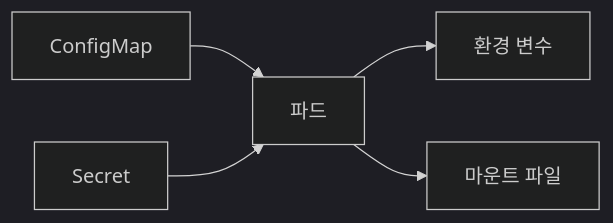
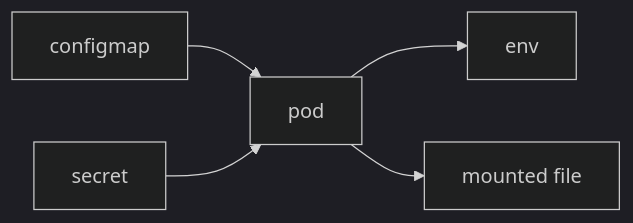
One commit to yeongseon-books/book-content changed the diagram in content/kubernetes-101/ko/06-configmap-and-secret.md. Above: the diagram before and after it, drawn with Mermaid (dark theme). The commit also changed other lines of this file and 9 other files, not shown here.

````diff
--- a/content/kubernetes-101/ko/06-configmap-and-secret.md
+++ b/content/kubernetes-101/ko/06-configmap-and-secret.md
@@ -49,7 +49,7 @@
 ```mermaid
 flowchart LR
-    CM["ConfigMap"] --> Pod["파드"]
-    Sec["Secret"] --> Pod
-    Pod --> Env["환경 변수"]
-    Pod --> File["마운트 파일"]
+    CM["configmap"] --> Pod["pod"]
+    Sec["secret"] --> Pod
+    Pod --> Env["env"]
+    Pod --> File["mounted file"]
 ```
````
